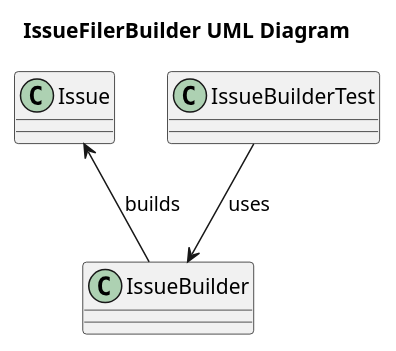
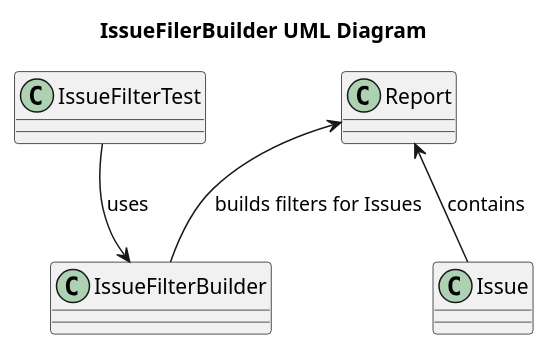
One commit to jenkinsci/analysis-model changed the diagram in doc/IssueFilterBuilderUMLDiagram.puml. Above: the diagram before and after it, drawn with PlantUML. The commit also changed 3 other files, not shown here.

Commit message:
Added IssueFilterBuilderSequenceDiagram.puml Added IssueBuilderSequenceDiagram.puml

```diff
--- a/doc/IssueFilterBuilderUMLDiagram.puml
+++ b/doc/IssueFilterBuilderUMLDiagram.puml
@@ -1,12 +1,12 @@
 @startuml
 title IssueFilerBuilder UML Diagram
 
-class Issue
-class IssueBuilder
-class IssueBuilderTest
+class IssueFilterBuilder
+class IssueFilterTest
+class Report
 
-
-IssueBuilderTest --> IssueBuilder : uses
-Issue <-- IssueBuilder : builds
+Report <-- Issue : contains
+Report <-- IssueFilterBuilder : builds filters for Issues
+IssueFilterTest --> IssueFilterBuilder :uses
 
 @enduml
```
